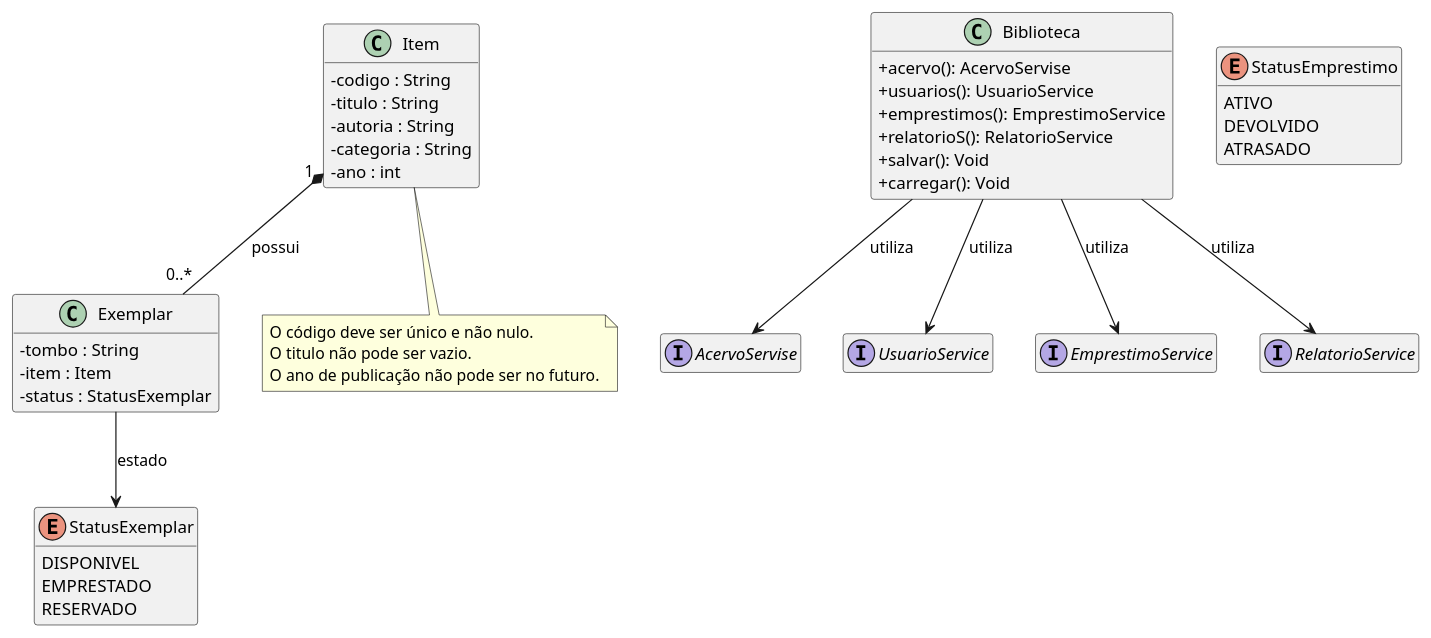
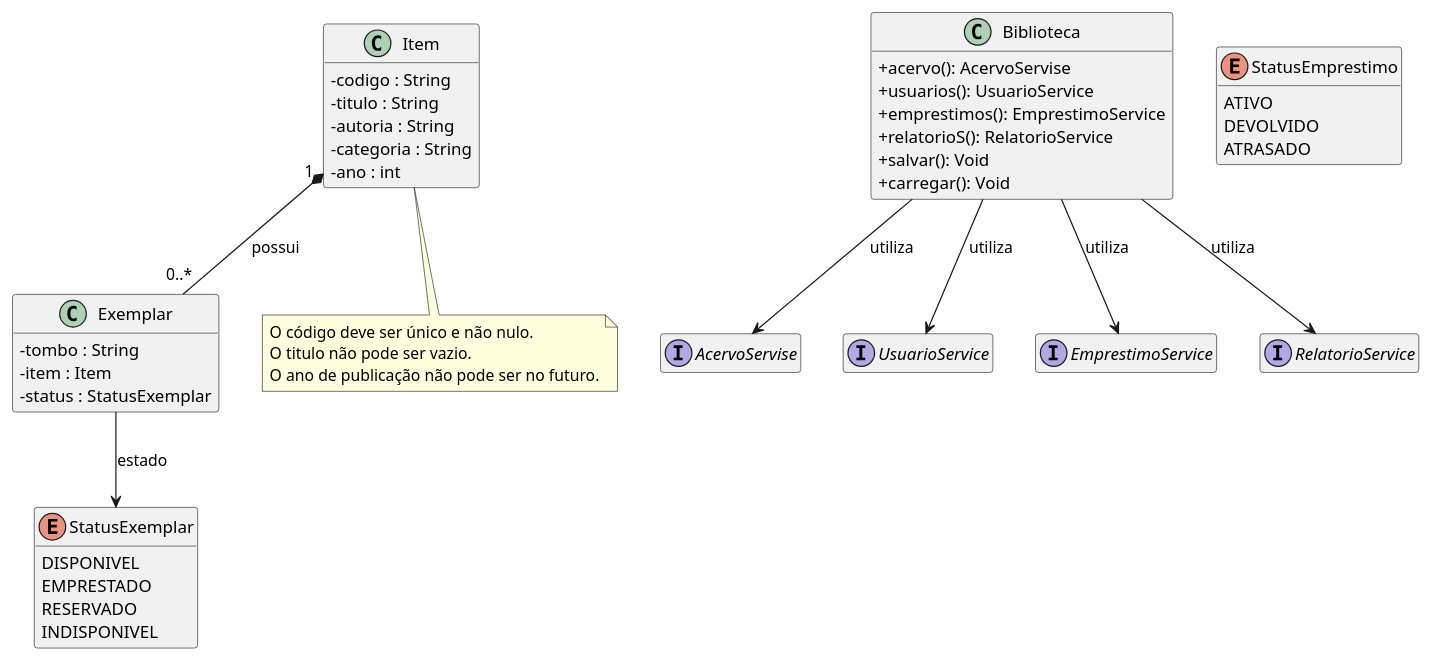
Before and after one commit to poo-dcx-2026-2/Null-de-Ideias: the diagram in docs/modelo.puml, drawn with PlantUML.

Commit message:
Diagrama do modelo de dominio

```diff
--- a/docs/modelo.puml
+++ b/docs/modelo.puml
@@ -1,73 +1,74 @@
 @startuml
 ' Modelo de domínio do sistema. Entrega 1.
 '
 ' Este arquivo é o ponto de partida. Substitua pelo modelo da sua equipa.
 ' O diagrama precisa corresponder ao código entregue.
 '
 ' Para gerar a imagem: instale o plugin PlantUML no IntelliJ, ou use
 '   plantuml docs/modelo.puml
 ' e versione a imagem gerada ao lado deste arquivo.
 
 skinparam classAttributeIconSize 0
 hide empty members
 
 class Item {
   - codigo : String
   - titulo : String
   - autoria : String
   - categoria : String
   - ano : int
 }
 
 class Exemplar {
   - tombo : String
   - item : Item
   - status : StatusExemplar
 }
 
 class Biblioteca{
   + acervo(): AcervoServise
   + usuarios(): UsuarioService
   + emprestimos(): EmprestimoService
   + relatorioS(): RelatorioService
   + salvar(): Void
   + carregar(): Void
 }
 interface AcervoServise {
 
 }
 interface UsuarioService {
 }
 interface EmprestimoService {
 }
 interface RelatorioService {
 }
 
 enum StatusExemplar{
    DISPONIVEL
    EMPRESTADO
    RESERVADO
+   INDISPONIVEL
 }
 
 enum StatusEmprestimo {
    ATIVO
    DEVOLVIDO
    ATRASADO
 }
 
 
 Item "1" *-- "0..*" Exemplar : possui
 Exemplar --> StatusExemplar : estado
 
 Biblioteca --> AcervoServise : utiliza
 Biblioteca --> UsuarioService : utiliza
 Biblioteca --> EmprestimoService : utiliza
 Biblioteca --> RelatorioService : utiliza
 
 note bottom of Item
   O código deve ser único e não nulo.
   O titulo não pode ser vazio.
   O ano de publicação não pode ser no futuro.
 end note
 
 @enduml
```
